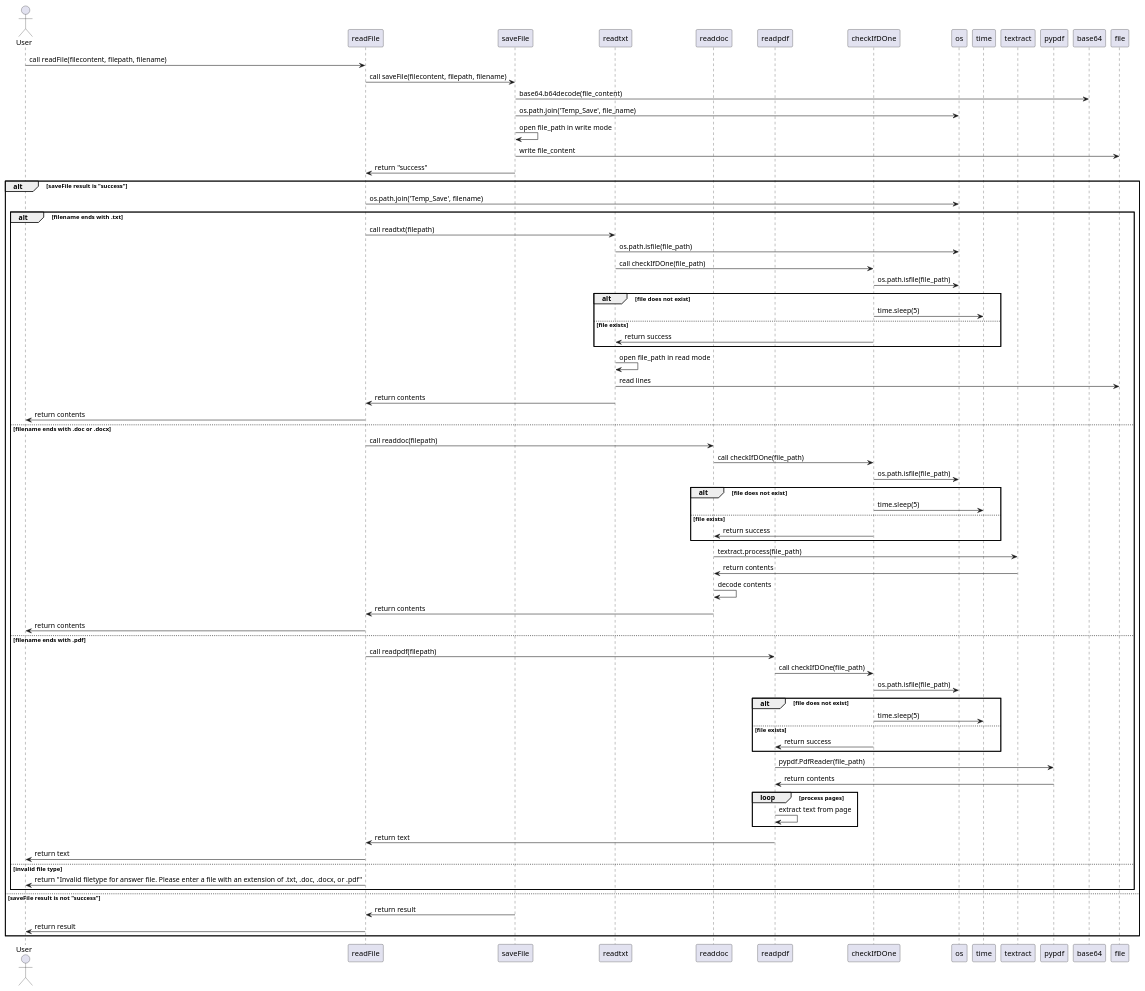
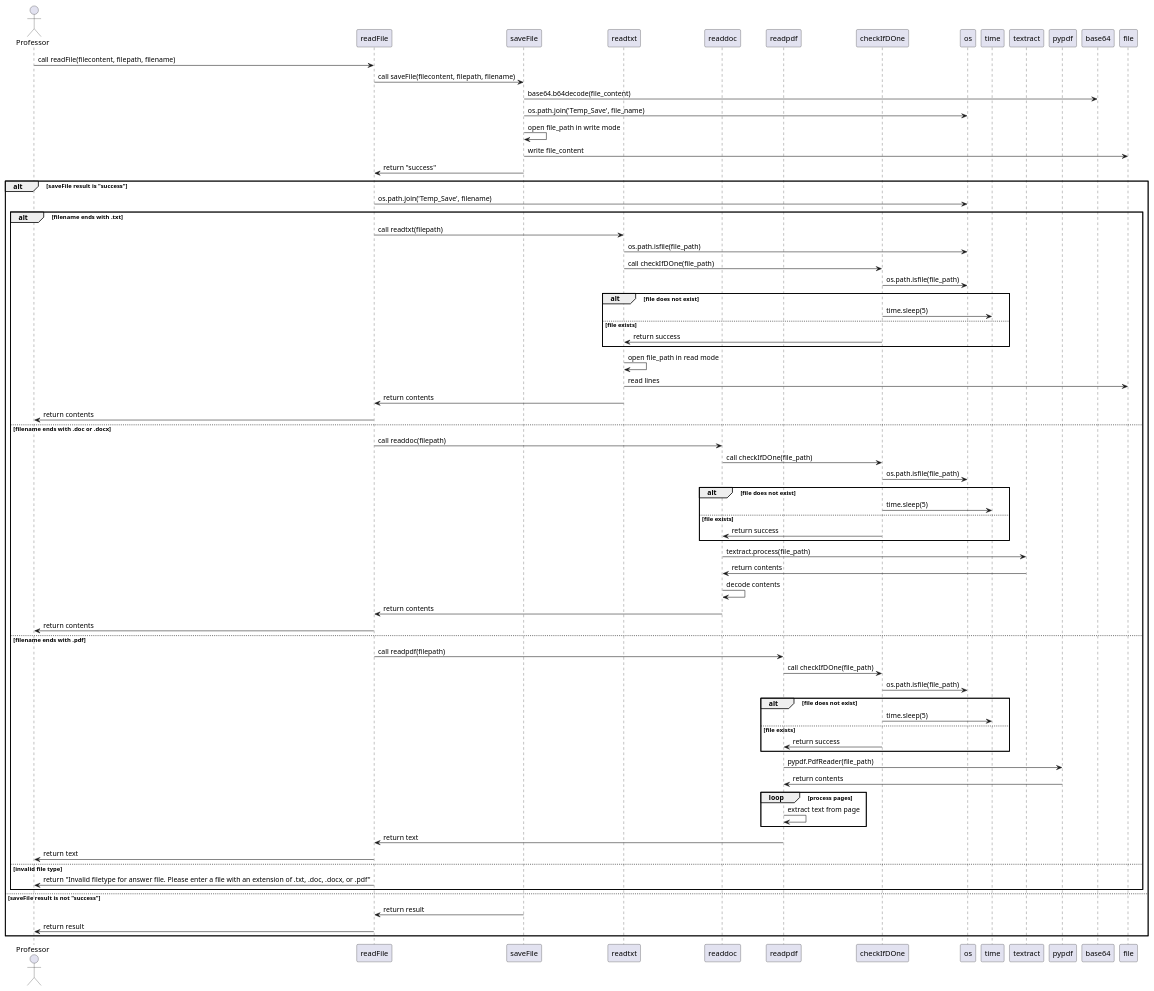
One commit to NoahS20/Grad-Project changed the diagram in Diagrams/Sequence Diagrams/BackEnd/fileprocessingUMLSequence.wsd. Above: the diagram before and after it, drawn with PlantUML. The commit also changed 22 other files, not shown here.

Commit message:
Removed irrelevant files. Removed outdated diagrams.

```diff
--- a/Diagrams/Sequence Diagrams/BackEnd/fileprocessingUMLSequence.wsd
+++ b/Diagrams/Sequence Diagrams/BackEnd/fileprocessingUMLSequence.wsd
@@ -1,81 +1,81 @@
 @startuml
-actor User
+actor Professor
 
 participant readFile
 participant saveFile
 participant readtxt
 participant readdoc
 participant readpdf
 participant checkIfDOne
 participant os
 participant time
 participant textract
 participant pypdf
 
-User -> readFile: call readFile(filecontent, filepath, filename)
+Professor -> readFile: call readFile(filecontent, filepath, filename)
 readFile -> saveFile: call saveFile(filecontent, filepath, filename)
 saveFile -> base64: base64.b64decode(file_content)
 saveFile -> os: os.path.join('Temp_Save', file_name)
 saveFile -> saveFile: open file_path in write mode
 saveFile -> file: write file_content
 saveFile -> readFile: return "success"
 
 alt saveFile result is "success"
     readFile -> os: os.path.join('Temp_Save', filename)
     
     alt filename ends with .txt
         readFile -> readtxt: call readtxt(filepath)
         readtxt -> os: os.path.isfile(file_path)
         readtxt -> checkIfDOne: call checkIfDOne(file_path)
         checkIfDOne -> os: os.path.isfile(file_path)
         alt file does not exist
             checkIfDOne -> time: time.sleep(5)
         else file exists
             checkIfDOne -> readtxt: return success
         end
         readtxt -> readtxt: open file_path in read mode
         readtxt -> file: read lines
         readtxt -> readFile: return contents
-        readFile -> User: return contents
+        readFile -> Professor: return contents
 
     else filename ends with .doc or .docx
         readFile -> readdoc: call readdoc(filepath)
         readdoc -> checkIfDOne: call checkIfDOne(file_path)
         checkIfDOne -> os: os.path.isfile(file_path)
         alt file does not exist
             checkIfDOne -> time: time.sleep(5)
         else file exists
             checkIfDOne -> readdoc: return success
         end
         readdoc -> textract: textract.process(file_path)
         textract -> readdoc: return contents
         readdoc -> readdoc: decode contents
         readdoc -> readFile: return contents
-        readFile -> User: return contents
+        readFile -> Professor: return contents
 
     else filename ends with .pdf
         readFile -> readpdf: call readpdf(filepath)
         readpdf -> checkIfDOne: call checkIfDOne(file_path)
         checkIfDOne -> os: os.path.isfile(file_path)
         alt file does not exist
             checkIfDOne -> time: time.sleep(5)
         else file exists
             checkIfDOne -> readpdf: return success
         end
         readpdf -> pypdf: pypdf.PdfReader(file_path)
         pypdf -> readpdf: return contents
         loop process pages
             readpdf -> readpdf: extract text from page
         end
         readpdf -> readFile: return text
-        readFile -> User: return text
+        readFile -> Professor: return text
 
     else invalid file type
-        readFile -> User: return "Invalid filetype for answer file. Please enter a file with an extension of .txt, .doc, .docx, or .pdf"
+        readFile -> Professor: return "Invalid filetype for answer file. Please enter a file with an extension of .txt, .doc, .docx, or .pdf"
     end
 else saveFile result is not "success"
     saveFile -> readFile: return result
-    readFile -> User: return result
+    readFile -> Professor: return result
 end
 
 @enduml
```
